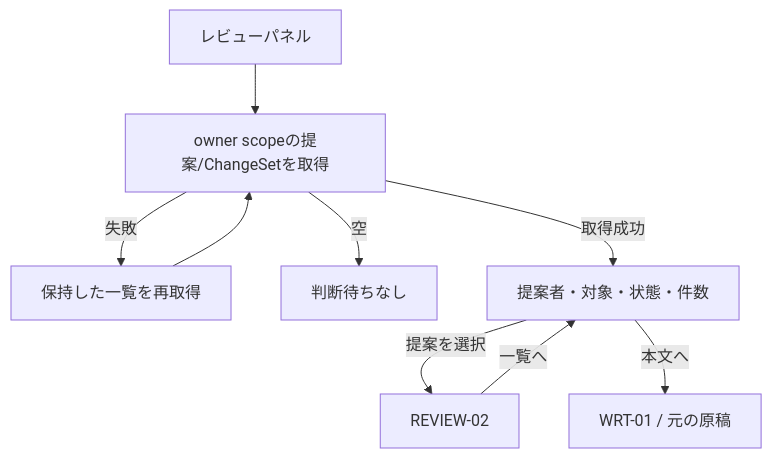
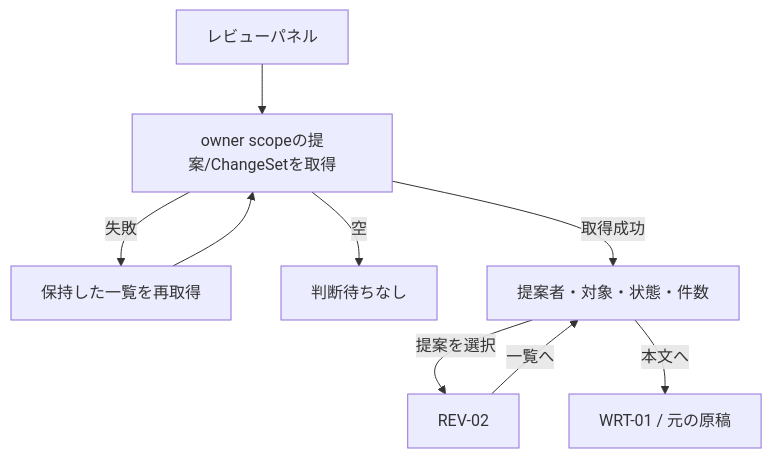
Before and after one commit to yohn-jp/codexia: diagram 12 of 24 in docs/design/SCREEN-STATE-ATLAS.md, drawn with Mermaid. The commit also changed other lines of this file and 2 other files, not shown here.

````diff
--- a/docs/design/SCREEN-STATE-ATLAS.md
+++ b/docs/design/SCREEN-STATE-ATLAS.md
@@ -212,11 +212,11 @@
 ```mermaid
 flowchart TD
     ENTRY["レビューパネル"] --> FEED["owner scopeの提案/ChangeSetを取得"]
     FEED -->|失敗| RETRY["保持した一覧を再取得"]
     RETRY --> FEED
     FEED -->|空| EMPTY["判断待ちなし"]
     FEED -->|取得成功| LIST["提案者・対象・状態・件数"]
-    LIST -->|提案を選択| DETAIL["REVIEW-02"]
+    LIST -->|提案を選択| DETAIL["REV-02"]
     DETAIL -->|一覧へ| LIST
     LIST -->|本文へ| WRITE["WRT-01 / 元の原稿"]
 ```
````
